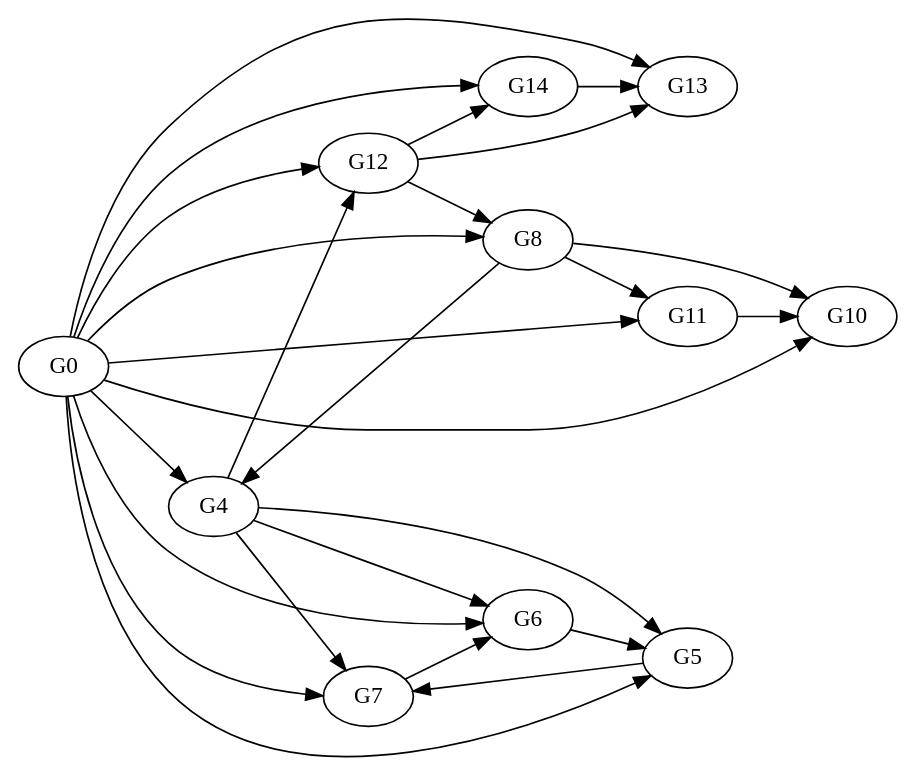
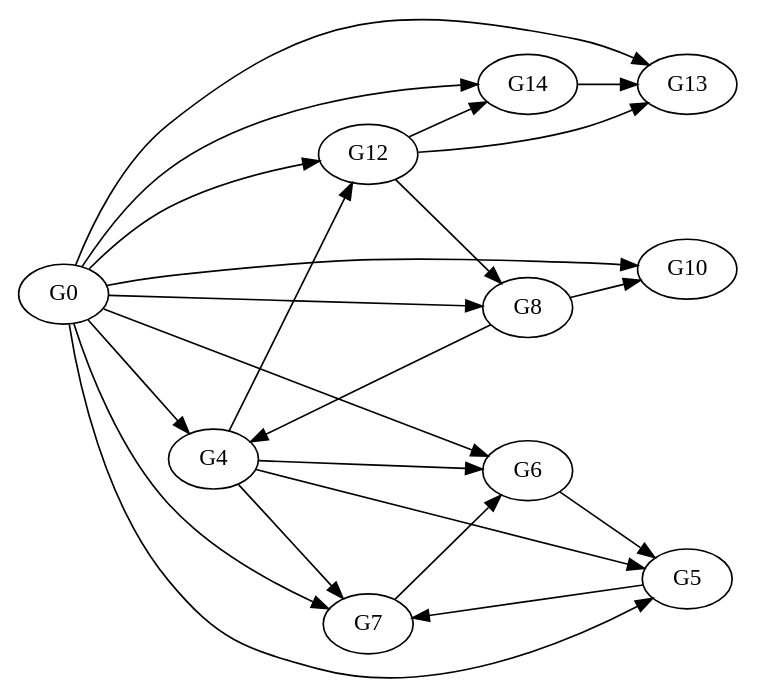
Before and after one commit to linn24/FYP: the diagram in GeneRegulatoryNetwork_Linn/Example_2.dot, drawn with Graphviz. The commit also changed 1 other file, not shown here.

```diff
--- a/GeneRegulatoryNetwork_Linn/Example_2.dot
+++ b/GeneRegulatoryNetwork_Linn/Example_2.dot
@@ -1,39 +1,35 @@
 digraph "Example_1" {
 	rankdir=LR;
 	"G4";
 	"G14";
 	"G13";
 	"G12";
 	"G0";
-	"G11";
 	"G10";
 	"G8";
 	"G7";
 	"G6";
 	"G5";
-	"G14" -> "G13";
-	"G0" -> "G4";
+	"G0" -> "G14";
+	"G4" -> "G7";
+	"G5" -> "G7";
+	"G6" -> "G5";
+	"G0" -> "G8";
 	"G0" -> "G10";
-	"G0" -> "G5";
-	"G0" -> "G11";
-	"G0" -> "G12";
 	"G4" -> "G5";
 	"G4" -> "G6";
-	"G4" -> "G7";
-	"G0" -> "G8";
-	"G8" -> "G11";
+	"G0" -> "G4";
+	"G0" -> "G5";
+	"G0" -> "G6";
+	"G0" -> "G7";
+	"G4" -> "G12";
 	"G8" -> "G4";
-	"G11" -> "G10";
+	"G7" -> "G6";
 	"G12" -> "G8";
+	"G8" -> "G10";
 	"G12" -> "G13";
 	"G12" -> "G14";
-	"G0" -> "G6";
-	"G0" -> "G7";
+	"G14" -> "G13";
+	"G0" -> "G12";
 	"G0" -> "G13";
-	"G0" -> "G14";
-	"G5" -> "G7";
-	"G4" -> "G12";
-	"G6" -> "G5";
-	"G7" -> "G6";
-	"G8" -> "G10";
 }
```
